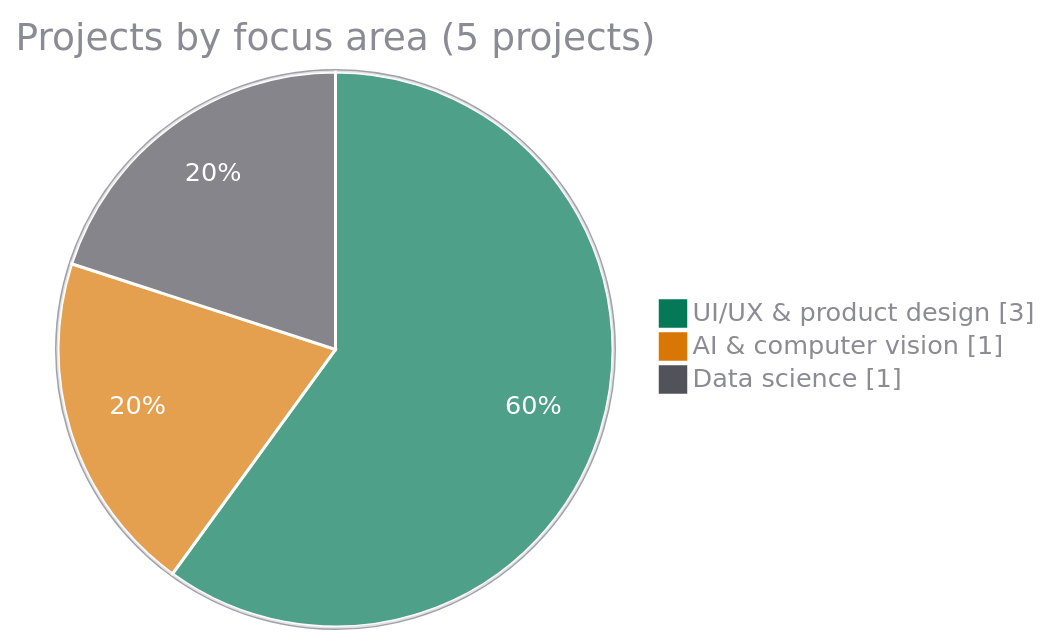
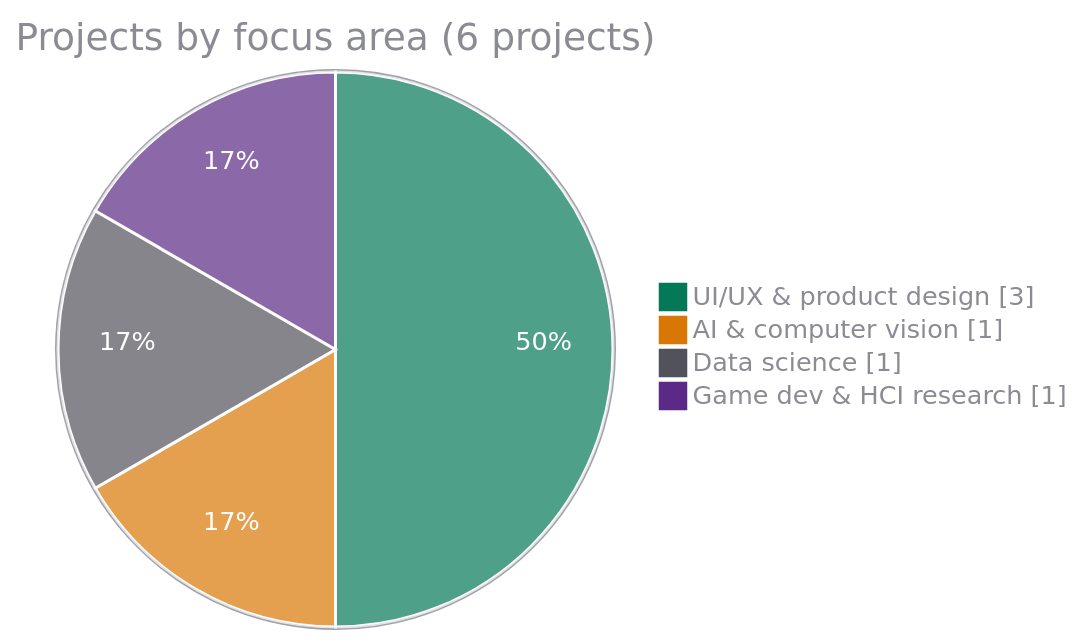
Before and after one commit to dkiplikurniawan/portfolio: the third of 6 diagrams in README.md, drawn with Mermaid. The commit also changed other lines of this file and 15 other files, not shown here.

````diff
--- a/README.md
+++ b/README.md
@@ -110,8 +111,9 @@
 ```mermaid
-%%{init: {"theme": "base", "themeVariables": {"pie1": "#047857", "pie2": "#D97706", "pie3": "#52525B", "pieSectionTextColor": "#FFFFFF", "pieTitleTextColor": "#8B8B94", "pieLegendTextColor": "#8B8B94", "pieStrokeColor": "#FFFFFF", "pieOuterStrokeColor": "#A1A1AA"}}}%%
+%%{init: {"theme": "base", "themeVariables": {"pie1": "#047857", "pie2": "#D97706", "pie3": "#52525B", "pie4": "#5B2A86", "pieSectionTextColor": "#FFFFFF", "pieTitleTextColor": "#8B8B94", "pieLegendTextColor": "#8B8B94", "pieStrokeColor": "#FFFFFF", "pieOuterStrokeColor": "#A1A1AA"}}}%%
 pie showData
-    title Projects by focus area (5 projects)
+    title Projects by focus area (6 projects)
     "UI/UX & product design" : 3
     "AI & computer vision" : 1
     "Data science" : 1
+    "Game dev & HCI research" : 1
 ```
````
